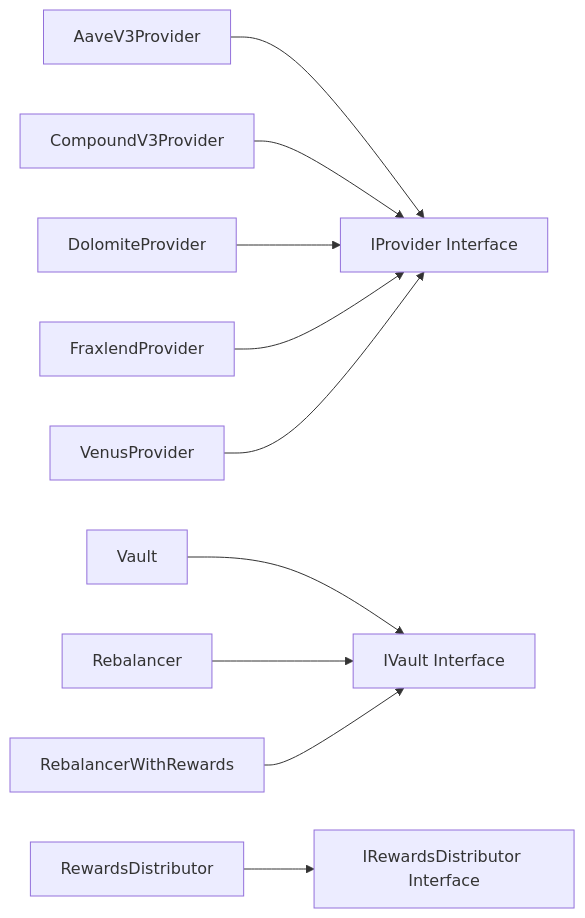
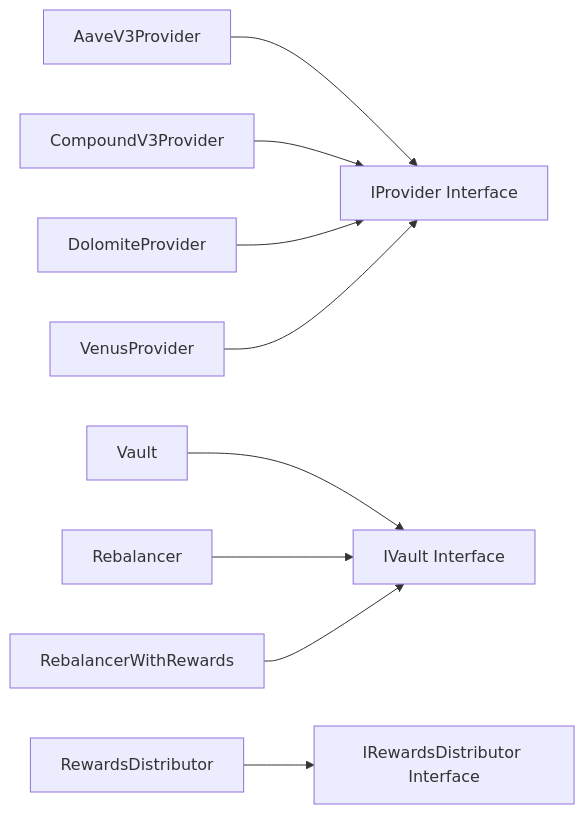
Before and after one commit to Thesauros/contracts: the seventh of 7 diagrams in docs/shemes/contract-interaction-diagram.md, drawn with Mermaid. The commit also changed other lines of this file and 24 other files, not shown here.

````diff
--- a/docs/shemes/contract-interaction-diagram.md
+++ b/docs/shemes/contract-interaction-diagram.md
@@ -234,18 +228,17 @@
 ```mermaid
 graph LR
     IProvider[IProvider Interface]
     IVault[IVault Interface]
     IRewardsDistributor[IRewardsDistributor Interface]
     
     AaveV3Provider --> IProvider
     CompoundV3Provider --> IProvider
     DolomiteProvider --> IProvider
-    FraxlendProvider --> IProvider
     VenusProvider --> IProvider
     
     Vault --> IVault
     Rebalancer --> IVault
     RebalancerWithRewards --> IVault
     
     RewardsDistributor --> IRewardsDistributor
 ```
````
